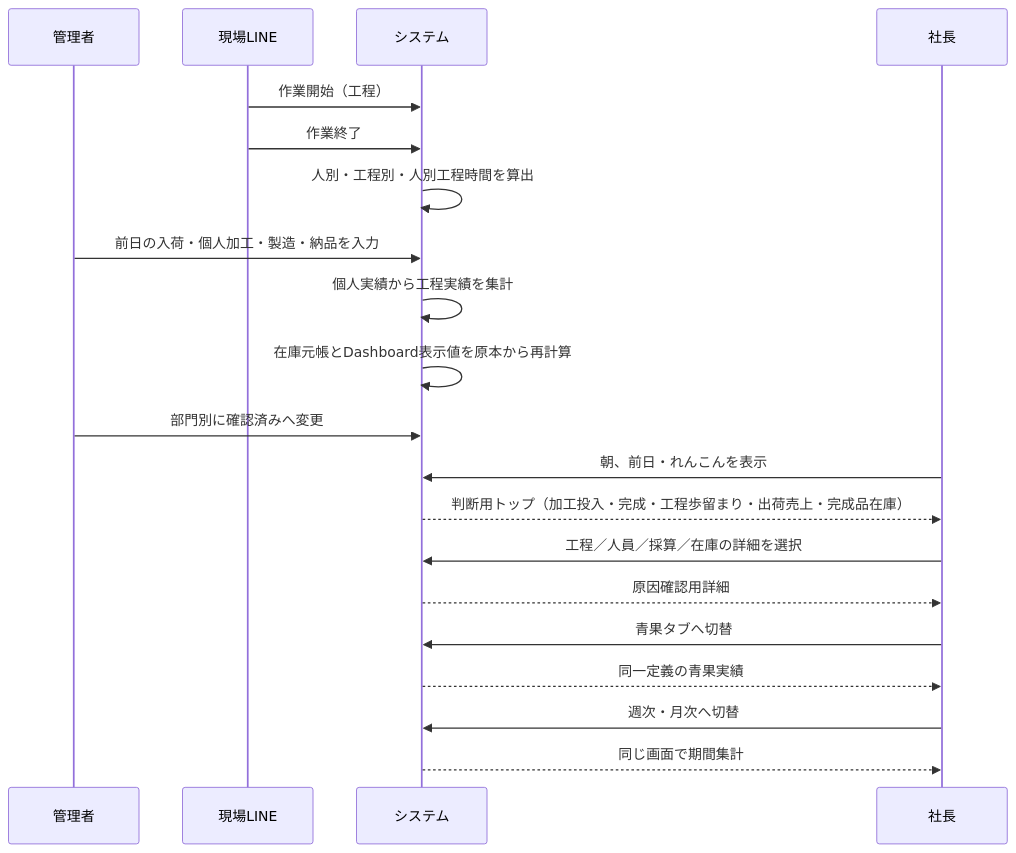
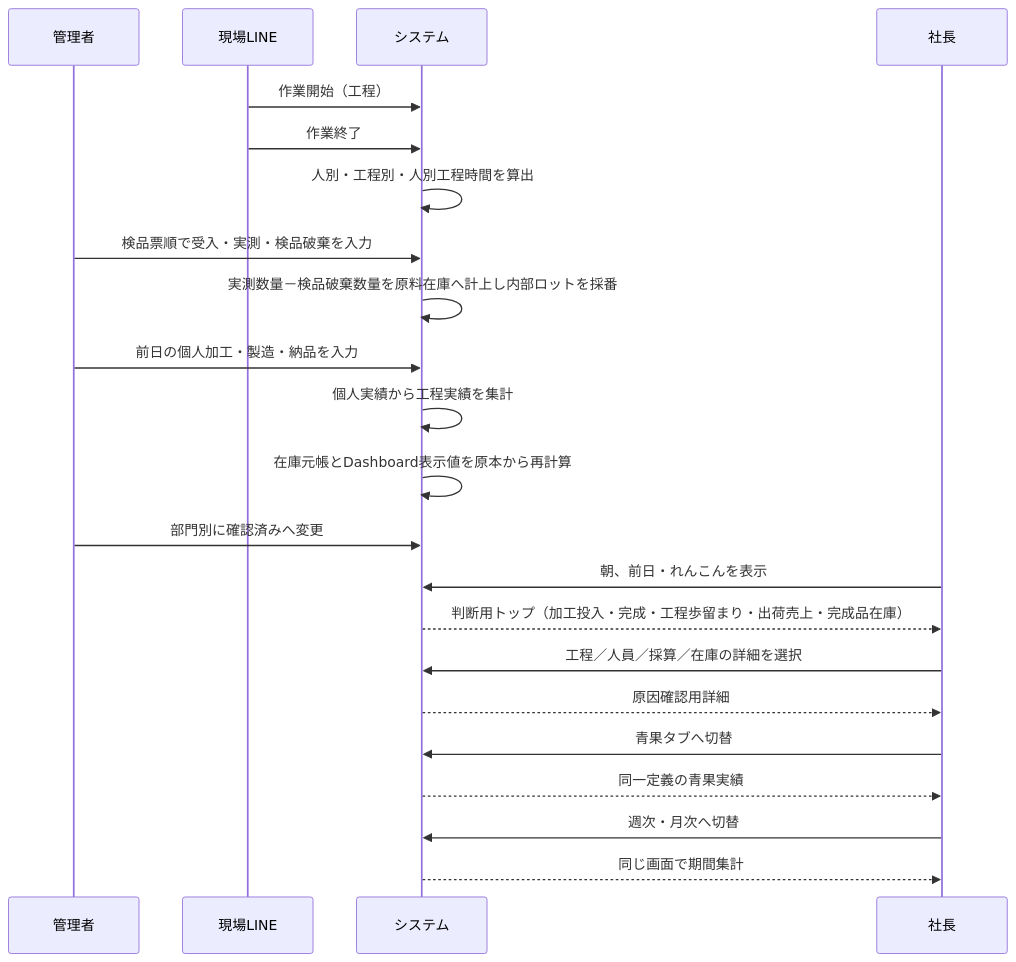
Before and after one commit to wellzfriend420/wellzfriend-toraiannguru-manufacturing-management: the second of 2 diagrams in docs/06-screen-flow.md, drawn with Mermaid. The commit also changed other lines of this file and 31 other files, not shown here.

Commit message:
feat: complete phase1 costing and operations flow

````diff
--- a/docs/06-screen-flow.md
+++ b/docs/06-screen-flow.md
@@ -46,22 +44,24 @@
 ```mermaid
 sequenceDiagram
   participant 管 as 管理者
   participant 現 as 現場LINE
   participant 系 as システム
   participant 社 as 社長
   現->>系: 作業開始（工程）
   現->>系: 作業終了
   系->>系: 人別・工程別・人別工程時間を算出
-  管->>系: 前日の入荷・個人加工・製造・納品を入力
+  管->>系: 検品票順で受入・実測・検品破棄を入力
+  系->>系: 実測数量－検品破棄数量を原料在庫へ計上し内部ロットを採番
+  管->>系: 前日の個人加工・製造・納品を入力
   系->>系: 個人実績から工程実績を集計
   系->>系: 在庫元帳とDashboard表示値を原本から再計算
   管->>系: 部門別に確認済みへ変更
   社->>系: 朝、前日・れんこんを表示
   系-->>社: 判断用トップ（加工投入・完成・工程歩留まり・出荷売上・完成品在庫）
   社->>系: 工程／人員／採算／在庫の詳細を選択
   系-->>社: 原因確認用詳細
   社->>系: 青果タブへ切替
   系-->>社: 同一定義の青果実績
   社->>系: 週次・月次へ切替
   系-->>社: 同じ画面で期間集計
 ```
````
